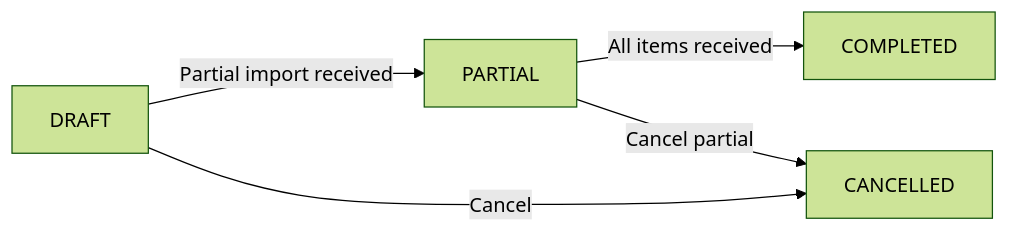
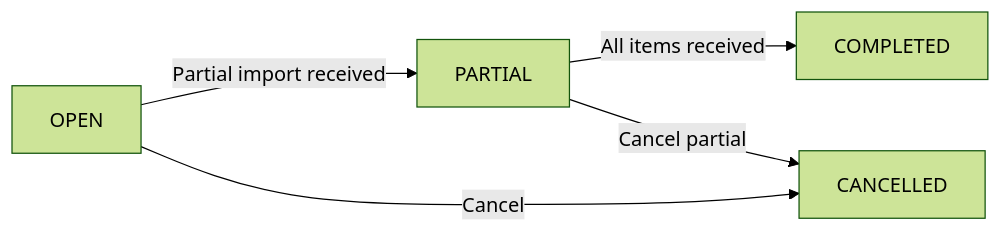
The first of 3 diagrams in docs/flows/purchase-order-flow.md (Java-Inventory-Management-System/Projects), drawn with Mermaid (forest theme) before and after one commit. The commit also changed other lines of this file and 133 other files, not shown here.

````diff
--- a/docs/flows/purchase-order-flow.md
+++ b/docs/flows/purchase-order-flow.md
@@ -23,7 +23,7 @@
 ```mermaid
 flowchart LR
-    DRAFT -->|Partial import received| PARTIAL
-    DRAFT -->|Cancel| CANCELLED
+    OPEN -->|Partial import received| PARTIAL
+    OPEN -->|Cancel| CANCELLED
     PARTIAL -->|All items received| COMPLETED
     PARTIAL -->|Cancel partial| CANCELLED
 ```
````
